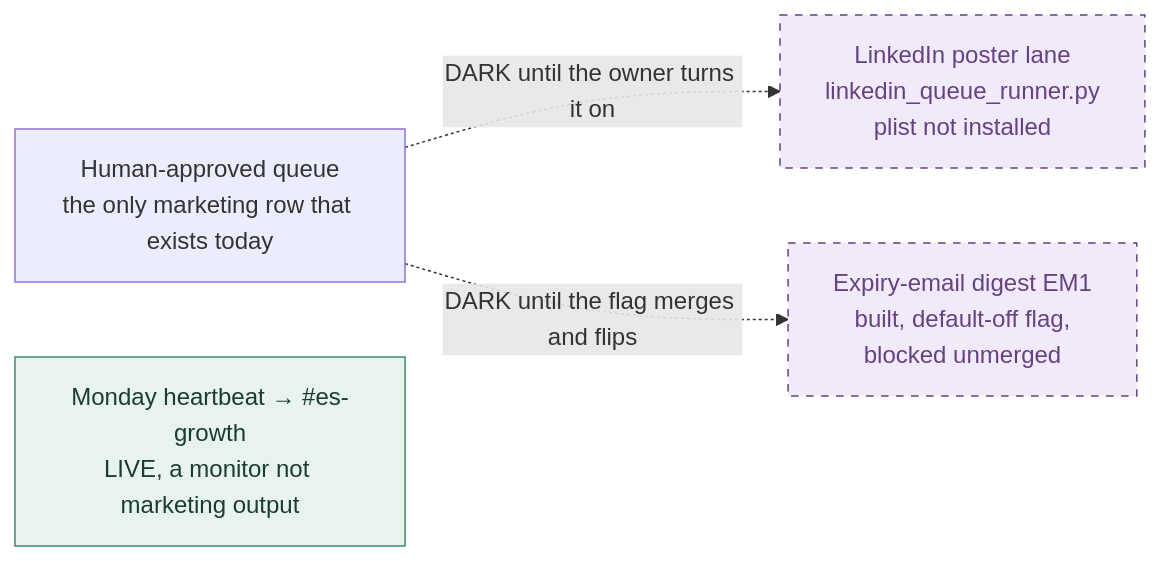
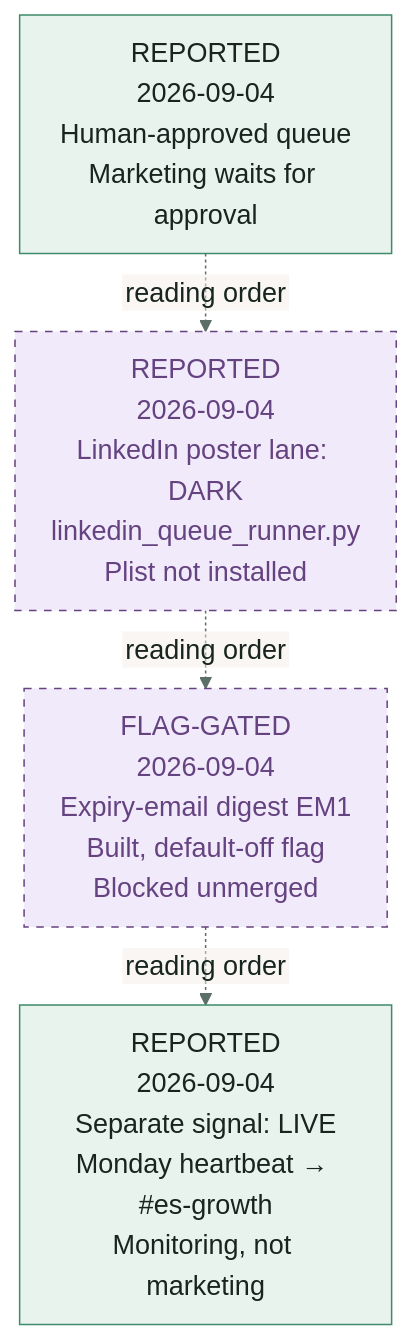
One commit to LawrenceHua/es-internship-hub changed the diagram in assets/diagrams/marketing-lane.mmd. Above: the diagram before and after it, drawn with Mermaid. The commit also changed 44 other files, not shown here.

Commit message:
Class-ready hub: P0/P1 fixes, business-loop diagram, release-state refresh (#36)

```diff
--- a/assets/diagrams/marketing-lane.mmd
+++ b/assets/diagrams/marketing-lane.mmd
@@ -1,11 +1,9 @@
-flowchart LR
-  Q["Human-approved queue<br/>the only marketing row that exists today"]
-  LK["LinkedIn poster lane<br/>linkedin_queue_runner.py<br/>plist not installed"]
-  EM["Expiry-email digest EM1<br/>built, default-off flag,<br/>blocked unmerged"]
-  HB["Monday heartbeat → #es-growth<br/>LIVE, a monitor not marketing output"]
-  Q -. DARK until the owner turns it on .-> LK
-  Q -. DARK until the flag merges and flips .-> EM
+flowchart TB
+%%{init: {"theme":"base","themeVariables":{"fontFamily":"Arial","fontSize":"18px","primaryColor":"#e8f3ee","primaryTextColor":"#17241f","primaryBorderColor":"#3d8b6a","lineColor":"#5c6f66"},"flowchart":{"htmlLabels":false,"curve":"linear","nodeSpacing":16,"rankSpacing":28,"padding":12}}}%%
+  Q["REPORTED<br/>2026-09-04<br/>Human-approved queue<br/>Marketing waits for approval"]
+  LK["REPORTED<br/>2026-09-04<br/>LinkedIn poster lane: DARK<br/>linkedin_queue_runner.py<br/>Plist not installed"]
+  EM["FLAG-GATED<br/>2026-09-04<br/>Expiry-email digest EM1<br/>Built, default-off flag<br/>Blocked unmerged"]
+  HB["REPORTED<br/>2026-09-04<br/>Separate signal: LIVE<br/>Monday heartbeat → #es-growth<br/>Monitoring, not marketing"]
+  Q -. reading order .-> LK -. reading order .-> EM -. reading order .-> HB
   classDef dark fill:#f1eafa,stroke:#654280,stroke-dasharray:5,color:#654280;
-  classDef live fill:#e8f3ee,stroke:#3d8b6a,color:#1a3c34;
   class LK,EM dark;
-  class HB live;
```
